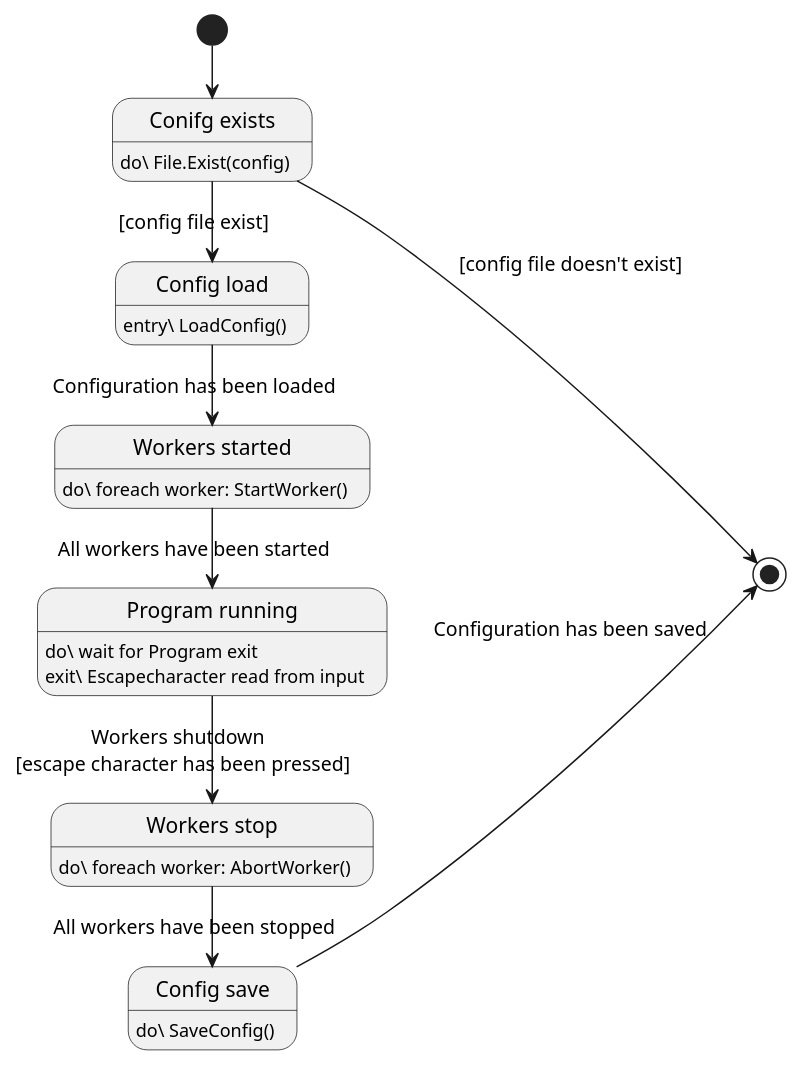
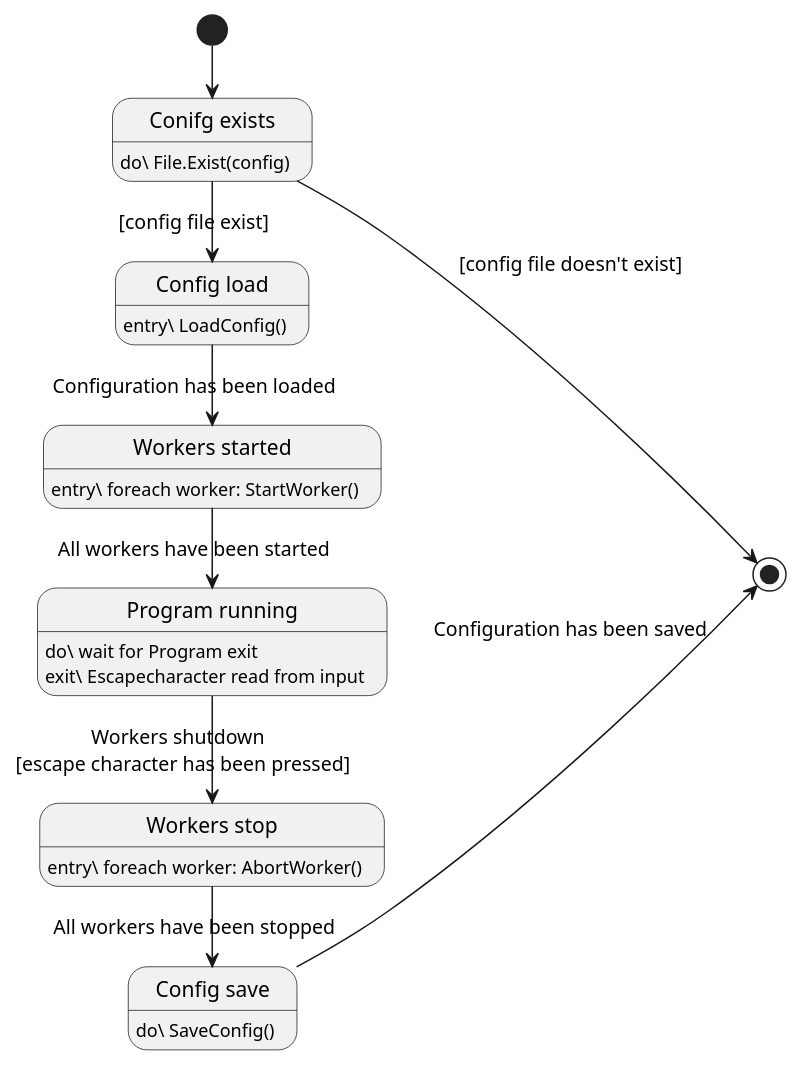
One commit to Louis9902/Sosse19-SE changed the diagram in Diagramme/Zustand/TinyTasks.puml. Above: the diagram before and after it, drawn with PlantUML. The commit also changed 8 other files, not shown here.

```diff
--- a/Diagramme/Zustand/TinyTasks.puml
+++ b/Diagramme/Zustand/TinyTasks.puml
@@ -1,35 +1,32 @@
-@startuml
+@startuml TinyTasks
 left to right direction
 
 state "Conifg exists" as config
 state "Config load" as load
 state "Workers started" as start
 state "Program running" as run
 state "Workers stop" as stop
 state "Config save" as save
 
-
-[*]->config
-config ->[*] : [config file doesn't exist]
+[*] -> config
+config -> [*] : [config file doesn't exist]
 config -> load : [config file exist]
 load -> start  : Configuration has been loaded
 start -> run : All workers have been started
 run -> stop : Workers shutdown \n [escape character has been pressed]
-stop -> save : All workers have been stopped 
+stop -> save : All workers have been stopped
 save --> [*] : Configuration has been saved
 
 config: do\ File.Exist(config)
 
 load: entry\ LoadConfig()
 
-start: do\ foreach worker: StartWorker()
+start: entry\ foreach worker: StartWorker()
 
-run : do\ wait for Program exit 
-run : exit\ Escapecharacter read from input 
+run : do\ wait for Program exit
+run : exit\ Escapecharacter read from input
 
-stop : do\ foreach worker: AbortWorker()
+stop : entry\ foreach worker: AbortWorker()
 
 save : do\ SaveConfig()
-
-
 @enduml
```
